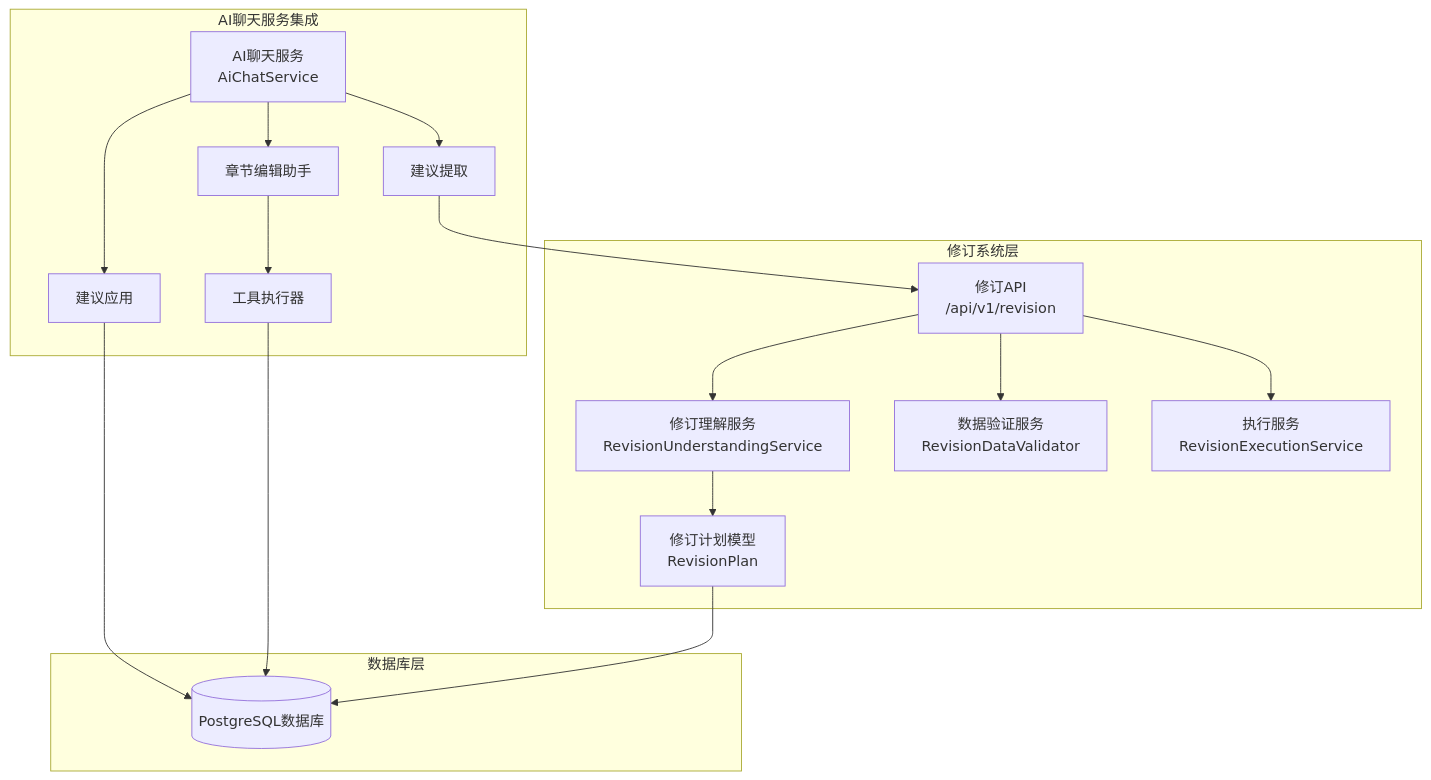
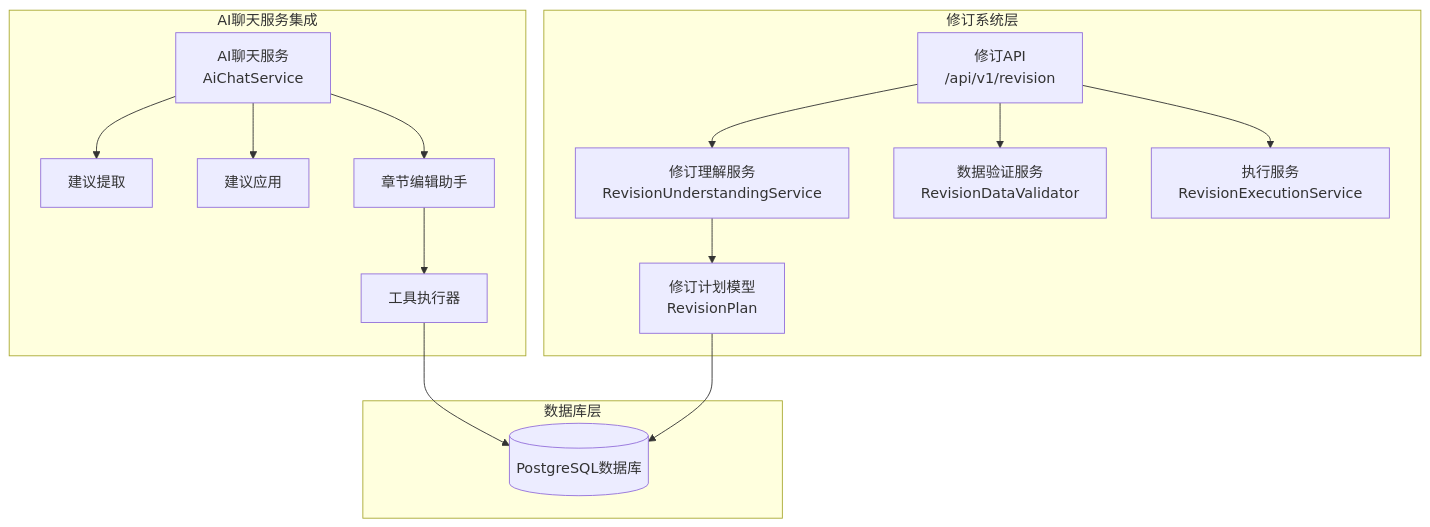
Diagram 25 of 36 in .qoder/repowiki/zh/content/Ai Chat Service.md (xfbyxq/ai-novel-system), drawn with Mermaid before and after one commit. The commit also changed other lines of this file and 6 other files, not shown here.

````diff
--- a/.qoder/repowiki/zh/content/Ai Chat Service.md
+++ b/.qoder/repowiki/zh/content/Ai Chat Service.md
@@ -1165,32 +1166,30 @@
 ```mermaid
 graph TB
 subgraph "修订系统层"
 RevisionAPI[修订API<br/>/api/v1/revision]
 Understanding[修订理解服务<br/>RevisionUnderstandingService]
 Validator[数据验证服务<br/>RevisionDataValidator]
 Executor[执行服务<br/>RevisionExecutionService]
 Plan[修订计划模型<br/>RevisionPlan]
 end
 subgraph "AI聊天服务集成"
 AiChat[AI聊天服务<br/>AiChatService]
 SuggestionExtraction[建议提取]
 SuggestionApplication[建议应用]
 ChapterAssistant[章节编辑助手]
 ToolExecutor[工具执行器]
 end
 subgraph "数据库层"
 DB[(PostgreSQL数据库)]
 end
 RevisionAPI --> Understanding
 RevisionAPI --> Validator
 RevisionAPI --> Executor
 Understanding --> Plan
 AiChat --> SuggestionExtraction
 AiChat --> SuggestionApplication
 AiChat --> ChapterAssistant
 ChapterAssistant --> ToolExecutor
-SuggestionExtraction --> RevisionAPI
-SuggestionApplication --> DB
 ToolExecutor --> DB
 Plan --> DB
 ```
````
